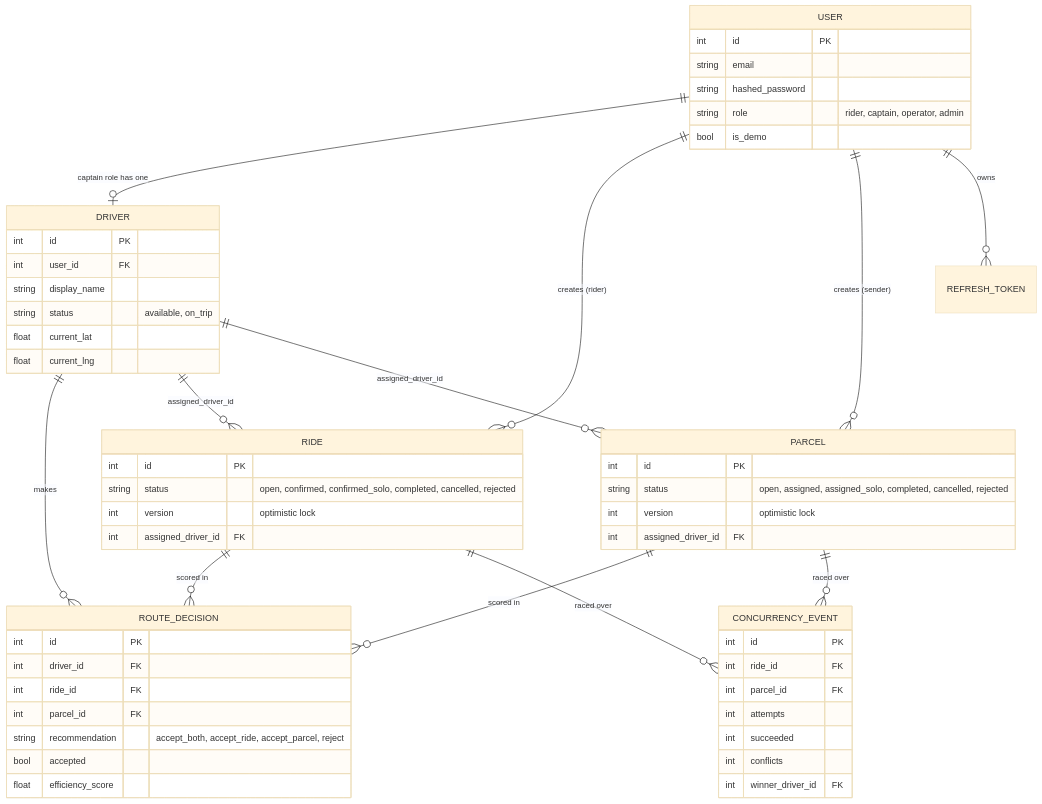
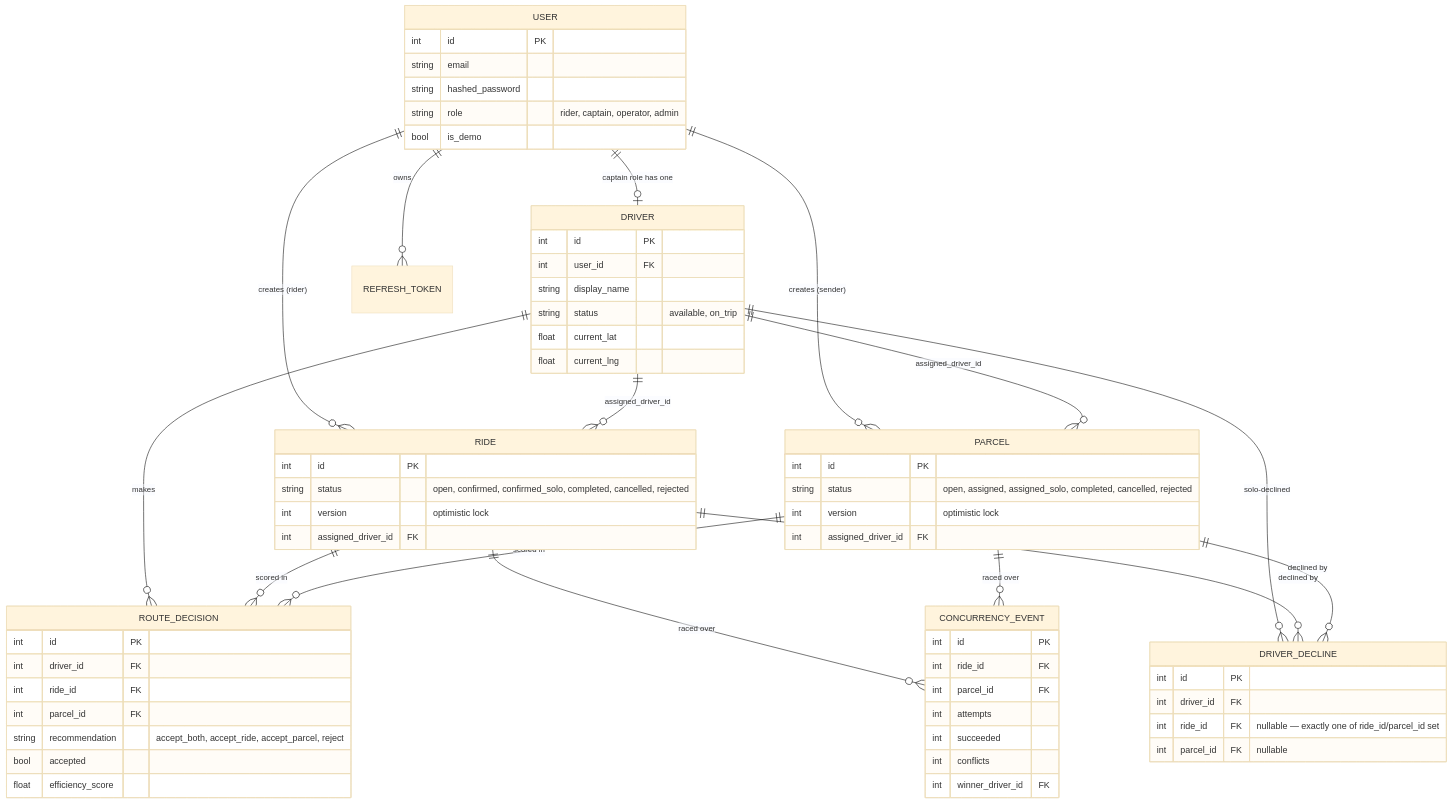
The second of 5 diagrams in README.md (abhiveeramallu/RouteFusion), drawn with Mermaid (base theme) before and after one commit. The commit also changed other lines of this file and 20 other files, not shown here.

Commit message:
Add driver decline tracking and related improvements

````diff
--- a/README.md
+++ b/README.md
@@ -56,60 +57,69 @@
 ```mermaid
 erDiagram
     USER ||--o| DRIVER : "captain role has one"
     USER ||--o{ RIDE : "creates (rider)"
     USER ||--o{ PARCEL : "creates (sender)"
     USER ||--o{ REFRESH_TOKEN : "owns"
     DRIVER ||--o{ ROUTE_DECISION : "makes"
     RIDE ||--o{ ROUTE_DECISION : "scored in"
     PARCEL ||--o{ ROUTE_DECISION : "scored in"
     DRIVER ||--o{ RIDE : "assigned_driver_id"
     DRIVER ||--o{ PARCEL : "assigned_driver_id"
     RIDE ||--o{ CONCURRENCY_EVENT : "raced over"
     PARCEL ||--o{ CONCURRENCY_EVENT : "raced over"
+    DRIVER ||--o{ DRIVER_DECLINE : "solo-declined"
+    RIDE ||--o{ DRIVER_DECLINE : "declined by"
+    PARCEL ||--o{ DRIVER_DECLINE : "declined by"
 
     USER {
         int id PK
         string email
         string hashed_password
         string role "rider, captain, operator, admin"
         bool is_demo
     }
     DRIVER {
         int id PK
         int user_id FK
         string display_name
         string status "available, on_trip"
         float current_lat
         float current_lng
     }
     RIDE {
         int id PK
         string status "open, confirmed, confirmed_solo, completed, cancelled, rejected"
         int version "optimistic lock"
         int assigned_driver_id FK
     }
     PARCEL {
         int id PK
         string status "open, assigned, assigned_solo, completed, cancelled, rejected"
         int version "optimistic lock"
         int assigned_driver_id FK
     }
     ROUTE_DECISION {
         int id PK
         int driver_id FK
         int ride_id FK
         int parcel_id FK
         string recommendation "accept_both, accept_ride, accept_parcel, reject"
         bool accepted
         float efficiency_score
     }
     CONCURRENCY_EVENT {
         int id PK
         int ride_id FK
         int parcel_id FK
         int attempts
         int succeeded
         int conflicts
         int winner_driver_id FK
     }
+    DRIVER_DECLINE {
+        int id PK
+        int driver_id FK
+        int ride_id FK "nullable — exactly one of ride_id/parcel_id set"
+        int parcel_id FK "nullable"
+    }
 ```
````
